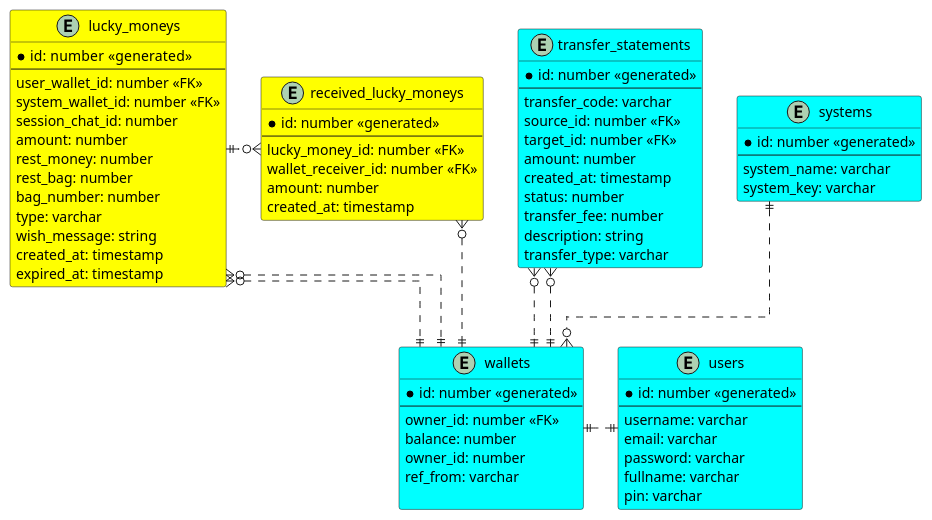
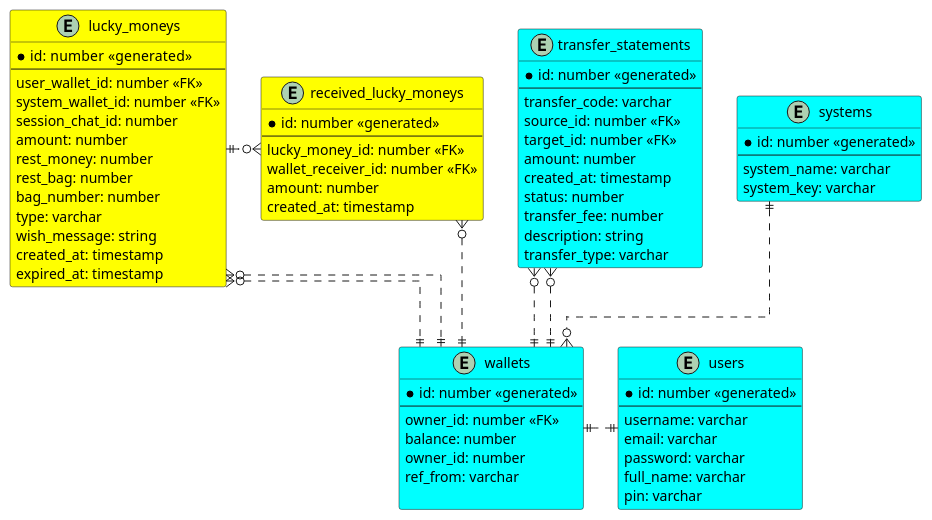
One commit to ntan1902/hey-app changed the diagram in documents/uml/system design/database_diagram.puml. Above: the diagram before and after it, drawn with PlantUML. The commit also changed 78 other files, not shown here.

```diff
--- a/documents/uml/system design/database_diagram.puml
+++ b/documents/uml/system design/database_diagram.puml
@@ -2,104 +2,104 @@
 @startuml
 
 ' hide the spot
 ' hide circle
 
 ' avoid problems with angled crows feet
 skinparam linetype ortho
 
 entity "users" as users #Aqua{
     *id: number <<generated>>
     --
     username: varchar
     email: varchar
     password: varchar
-    fullname: varchar
+    full_name: varchar
     pin: varchar
 }
 
 ' LuckyMoney system: 
 ' - system_name: LuckyMoney
 ' - system_key: 
 ' ----> Request Auth system -> JWToken system 
 ' LuckyMoney vS Payment 
 ' LuckyMoney ----> Request Auth system -> JWToken system
 ' LuckyMoney dùng JWToken vừa có để request danh sách  wallets của nó
 ' sử dụng list wallets này ntn thì tuỳ nó 
 
 ' LuckyMoney request lên payment chuyển tiền. Tới... với cái
 ' wallet id nào của nó  
 
 entity "systems" #Aqua{
     *id: number <<generated>>
     --
     system_name: varchar
     system_key: varchar
 }
 
 
 entity "wallets" as wallets #Aqua{
     *id: number <<generated>>
     --
     owner_id: number <<FK>>
     balance: number    
     owner_id: number
     ref_from: varchar
     
 }
 
 entity "transfer_statements" as transfer_statements #Aqua {
     *id: number <<generated>>
     --
     transfer_code: varchar
     source_id: number <<FK>>
     target_id: number <<FK>>
     amount: number
     created_at: timestamp
     status: number
     transfer_fee: number
     description: string
     transfer_type: varchar
 }
 
 entity "lucky_moneys" as lucky_moneys #Yellow{
     *id: number  <<generated>>
     --
     user_wallet_id: number <<FK>>
     system_wallet_id: number <<FK>>
     session_chat_id: number
     amount: number
     rest_money: number
     rest_bag: number
     bag_number: number
     type: varchar
     wish_message: string
     created_at: timestamp
     expired_at: timestamp
 }
 
 entity "received_lucky_moneys" as received_luckey_moneys #Yellow{
     *id: number <<generated>>
     --
     lucky_money_id: number <<FK>>
     wallet_receiver_id: number <<FK>>
     amount: number
     created_at: timestamp
 }
 
 wallets ||.up.o{ transfer_statements
 wallets ||.up.o{ transfer_statements
 
 wallets ||.up.o{ lucky_moneys
 wallets ||.up.o{ lucky_moneys
 
 wallets ||.up.o{ received_luckey_moneys
 
 users ||.left.|| wallets
 
 systems ||..o{ wallets
 
 
 lucky_moneys ||.right.o{ received_luckey_moneys
 
 
 @enduml
```
